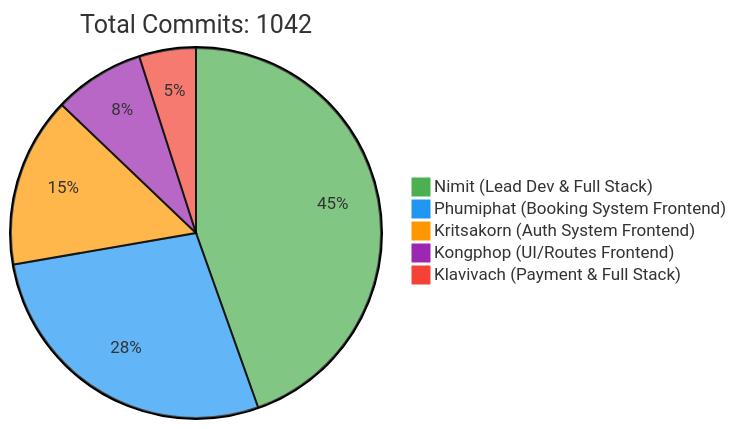
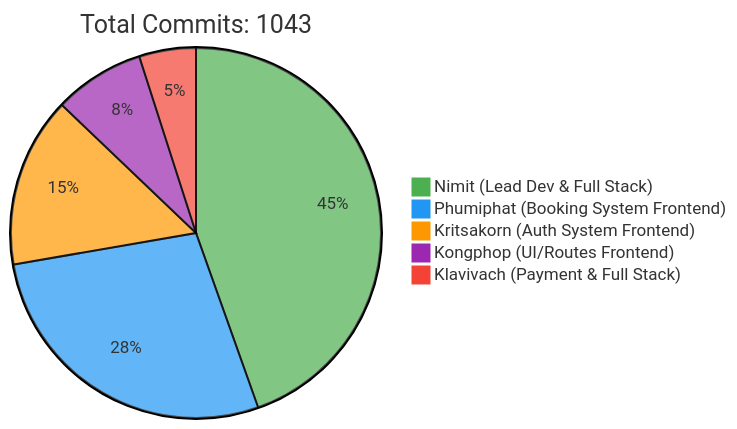
Before and after one commit to 6531503042/Sport-Complex: the first of 2 diagrams in README.md, drawn with Mermaid. The commit also changed other lines of this file, not shown here.

Commit message:
docs: Update contributor statistics [skip ci]

````diff
--- a/README.md
+++ b/README.md
@@ -240,10 +240,10 @@
 ```mermaid
 %%{init: {'theme': 'base', 'themeVariables': { 'pie1': '#4CAF50', 'pie2': '#2196F3', 'pie3': '#FF9800', 'pie4': '#9C27B0', 'pie5': '#F44336'}}}%%
 pie
-    title Total Commits: 1042
+    title Total Commits: 1043
     "Nimit (Lead Dev & Full Stack)" : 450
     "Phumiphat (Booking System Frontend)" : 280
     "Kritsakorn (Auth System Frontend)" : 150
     "Kongphop (UI/Routes Frontend)" : 80
     "Klavivach (Payment & Full Stack)" : 50
 ```
````
